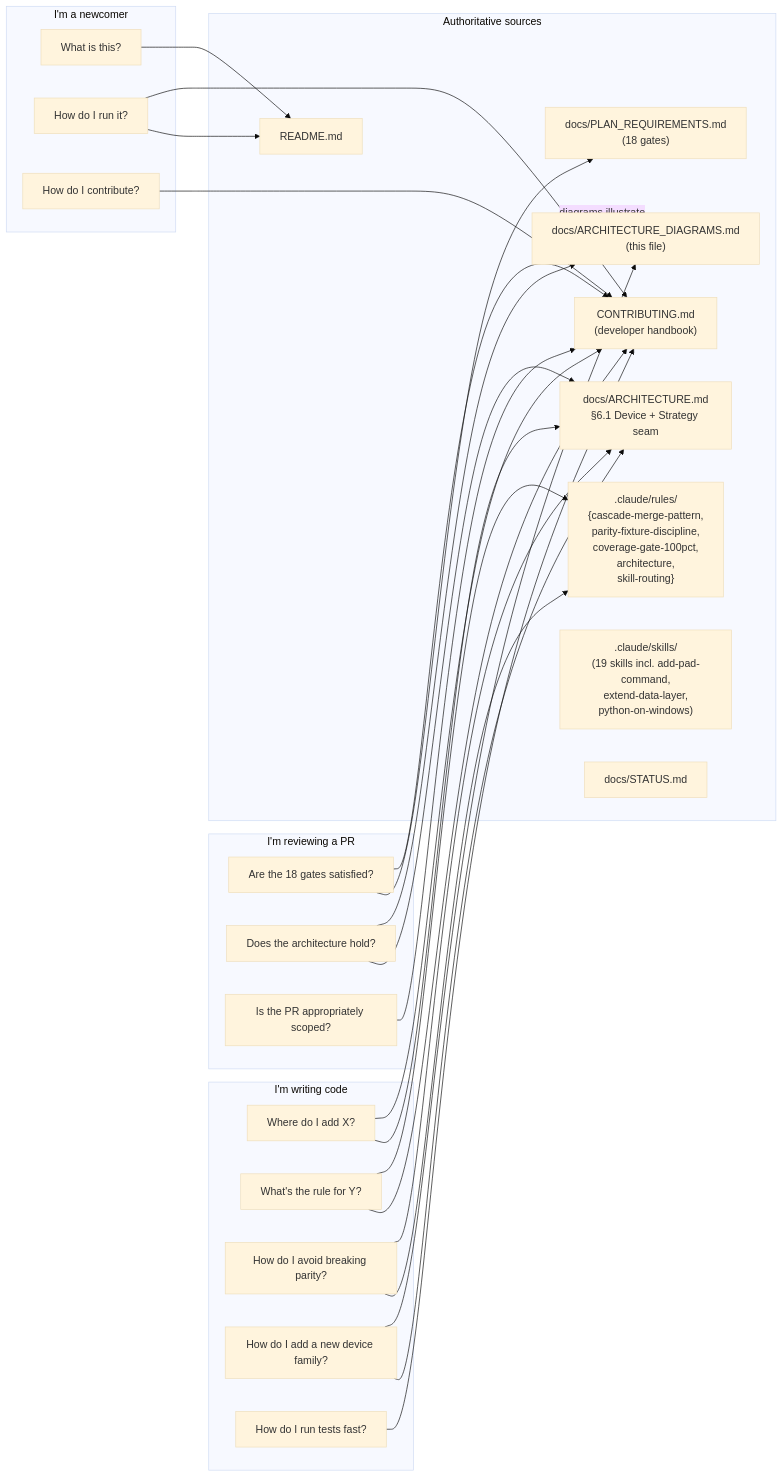
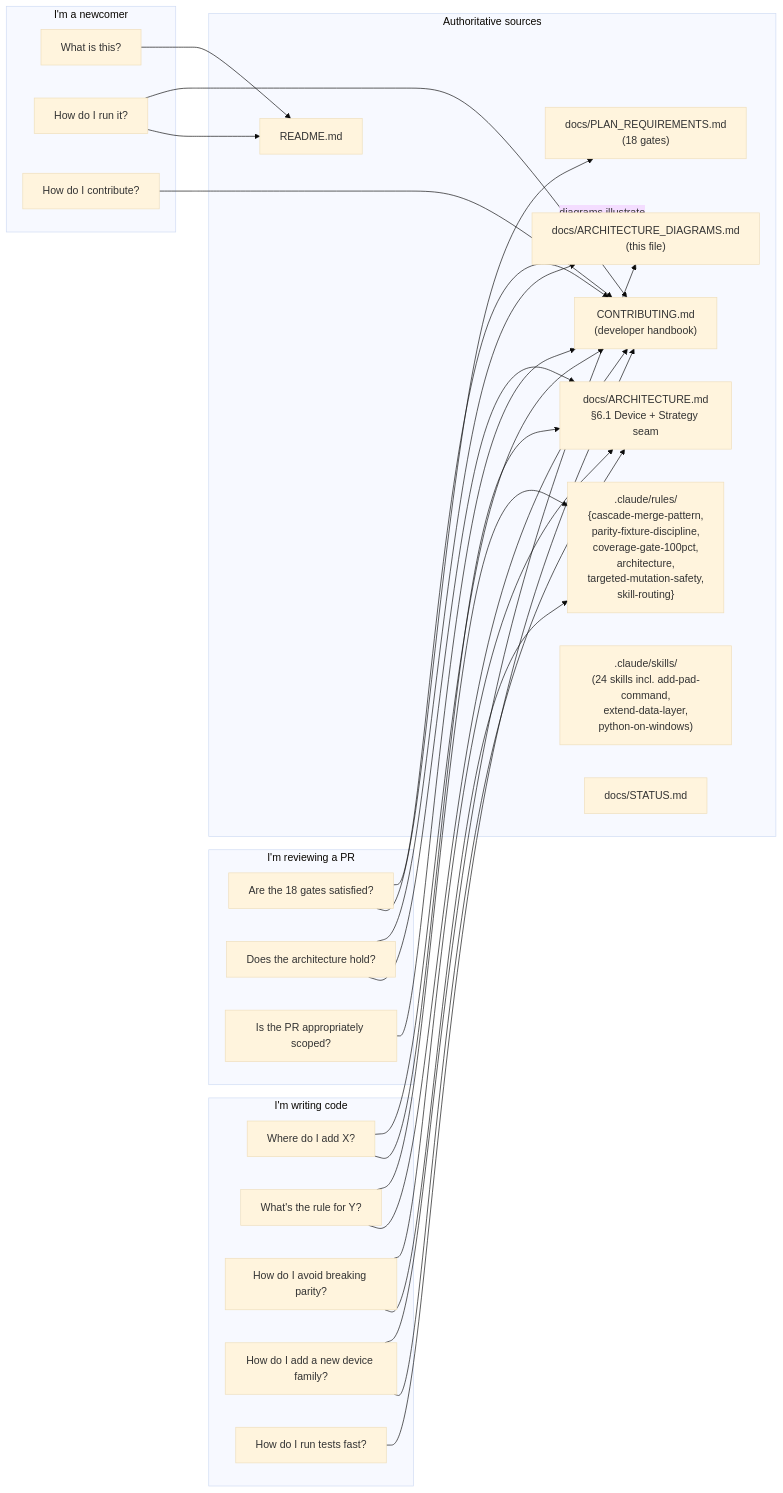
Diagram 26 of 35 in docs/ARCHITECTURE_DIAGRAMS.md (buzzijose-hub/RytmRandomizer), drawn with Mermaid (base theme) before and after one commit. The commit also changed other lines of this file and 149 other files, not shown here.

````diff
--- a/docs/ARCHITECTURE_DIAGRAMS.md
+++ b/docs/ARCHITECTURE_DIAGRAMS.md
@@ -2069,56 +2087,56 @@
 ```mermaid
 flowchart LR
     subgraph Newcomer["I'm a newcomer"]
         N1["What is this?"]
         N2["How do I run it?"]
         N3["How do I contribute?"]
     end
 
     subgraph Contributor["I'm writing code"]
         C1["Where do I add X?"]
         C2["What's the rule for Y?"]
         C3["How do I avoid breaking parity?"]
         C4["How do I add a new device family?"]
         C5["How do I run tests fast?"]
     end
 
     subgraph Reviewer["I'm reviewing a PR"]
         R1["Are the 18 gates satisfied?"]
         R2["Does the architecture hold?"]
         R3["Is the PR appropriately scoped?"]
     end
 
     subgraph Sources["Authoritative sources"]
         README["README.md"]
         CONTRIB["CONTRIBUTING.md<br/>(developer handbook)"]
         ARCH["docs/ARCHITECTURE.md<br/>§6.1 Device + Strategy seam"]
         DIAG["docs/ARCHITECTURE_DIAGRAMS.md<br/>(this file)"]
         PLAN_REQ["docs/PLAN_REQUIREMENTS.md<br/>(18 gates)"]
-        RULES[".claude/rules/<br/>{cascade-merge-pattern,<br/>parity-fixture-discipline,<br/>coverage-gate-100pct,<br/>architecture,<br/>skill-routing}"]
-        SKILLS[".claude/skills/<br/>(19 skills incl. add-pad-command,<br/>extend-data-layer,<br/>python-on-windows)"]
+        RULES[".claude/rules/<br/>{cascade-merge-pattern,<br/>parity-fixture-discipline,<br/>coverage-gate-100pct,<br/>architecture,<br/>targeted-mutation-safety,<br/>skill-routing}"]
+        SKILLS[".claude/skills/<br/>(24 skills incl. add-pad-command,<br/>extend-data-layer,<br/>python-on-windows)"]
         STATUS["docs/STATUS.md"]
     end
 
     N1 --> README
     N2 --> README
     N2 --> CONTRIB
     N3 --> CONTRIB
 
     C1 --> ARCH
     C1 --> CONTRIB
     C2 --> CONTRIB
     C2 --> RULES
     C3 --> RULES
     C3 --> ARCH
     C4 --> ARCH
     C4 --> DIAG
     C5 --> CONTRIB
 
     R1 --> PLAN_REQ
     R1 --> CONTRIB
     R2 --> ARCH
     R2 --> DIAG
     R3 --> CONTRIB
 
     Sources -.->|"diagrams illustrate"| DIAG
 ```
````
